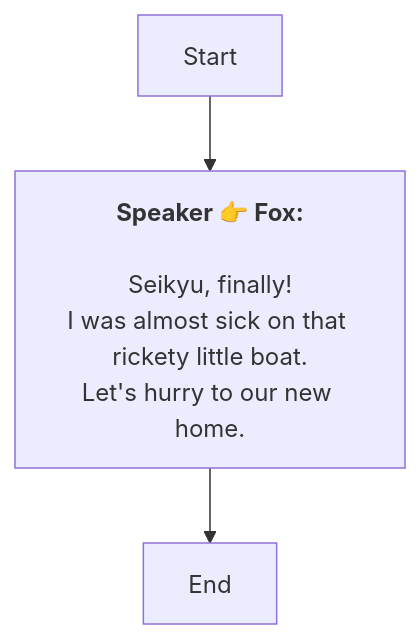
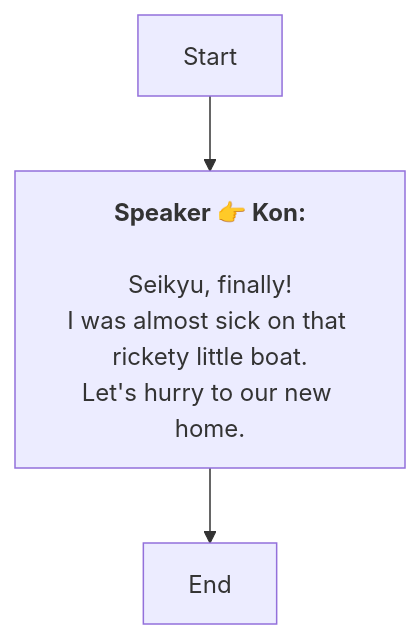
Before and after one commit to SoftHu/tos_avg: the diagram in En/AddDialogNode_1738526791038059.md, drawn with Mermaid. The commit also changed 730 other files, not shown here.

````diff
--- a/En/AddDialogNode_1738526791038059.md
+++ b/En/AddDialogNode_1738526791038059.md
@@ -1,9 +1,9 @@
 ```mermaid
 graph
-Start -->1738526828918894[<b>Speaker 👉 Fox:</b>
+Start -->1738526828918894[<b>Speaker 👉 Kon:</b>
 \nSeikyu, finally!
 I was almost sick on that rickety little boat.
 Let's hurry to our new home.]
 1738526828918894 -->1738526898865263[End]
 
 ```
````
